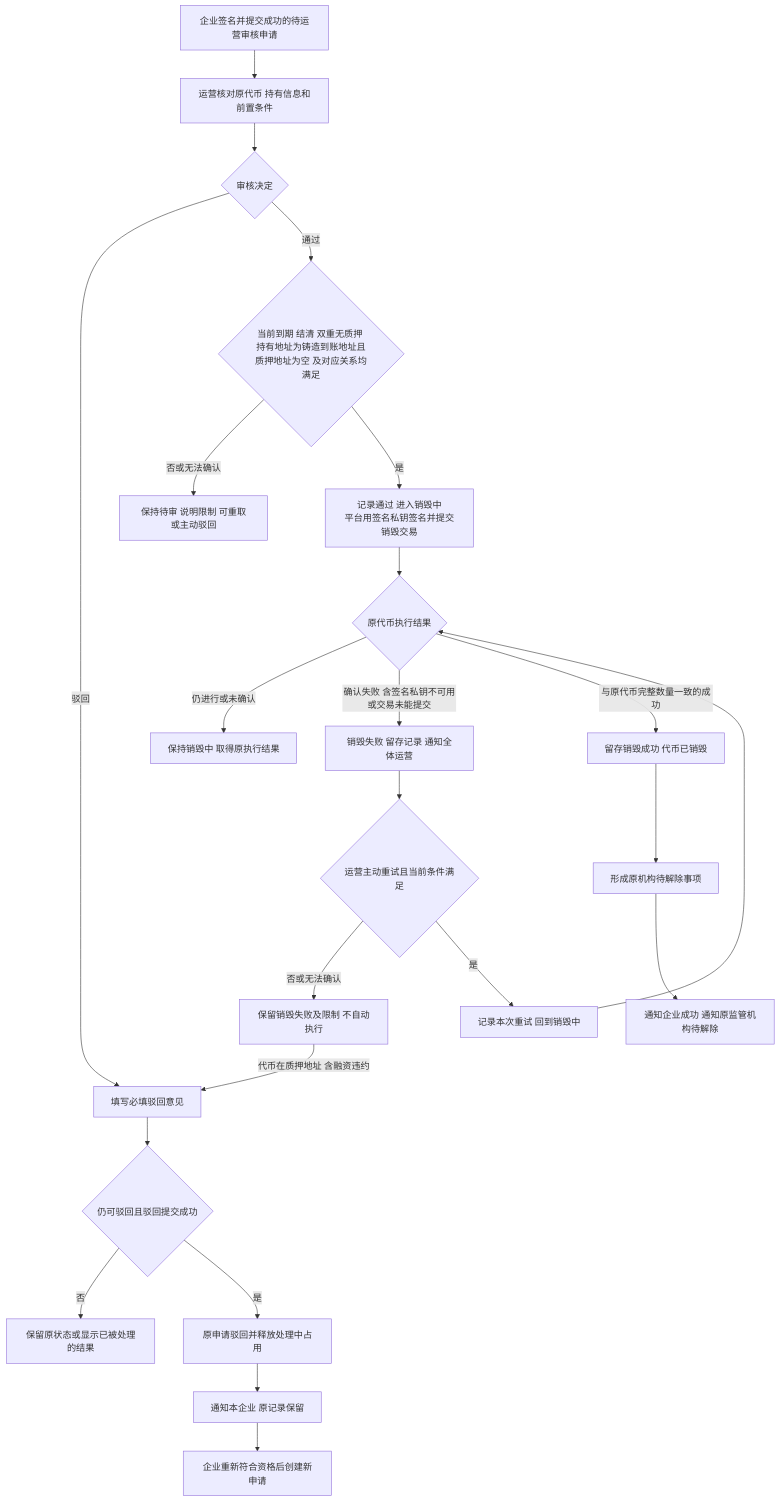
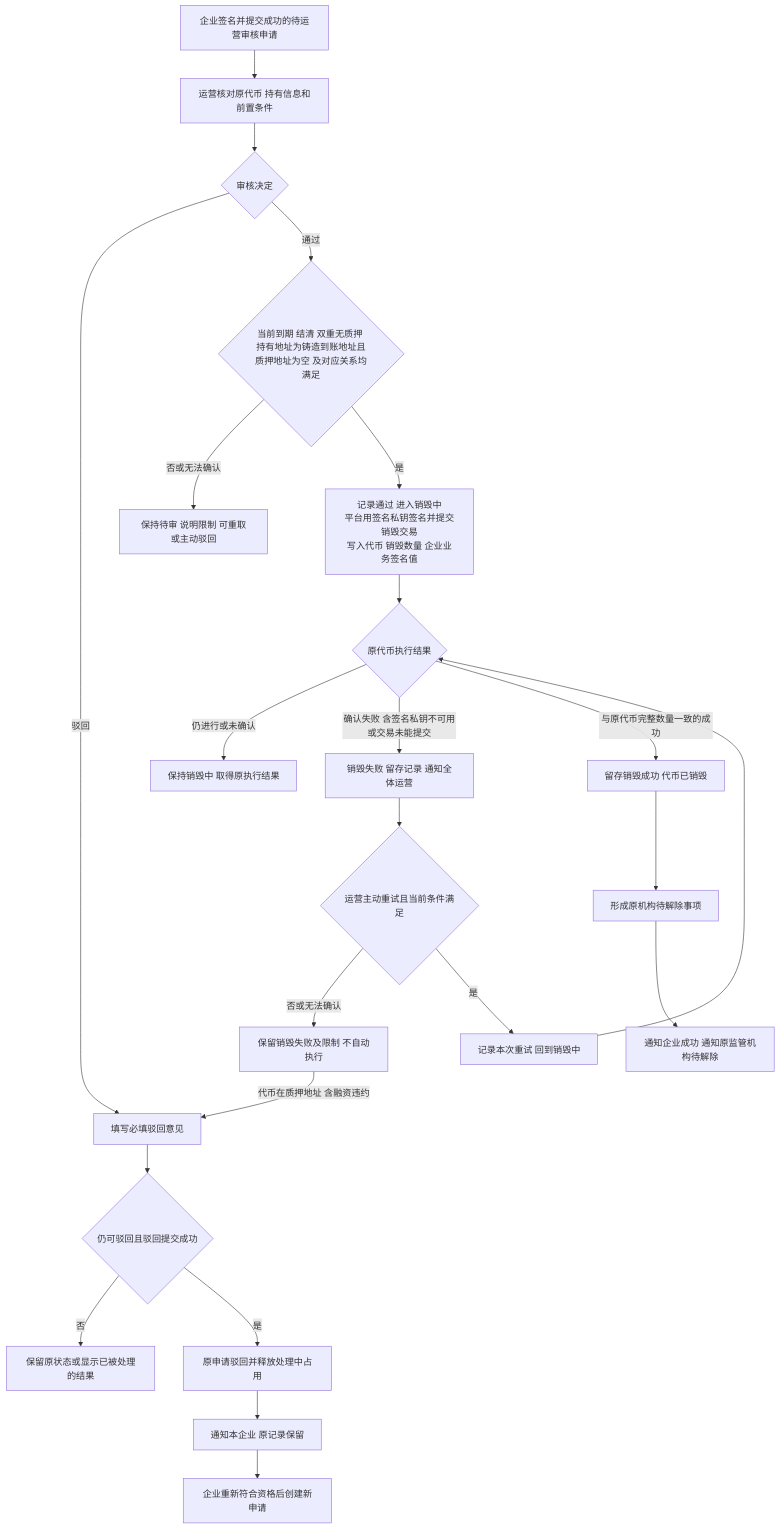
Before and after one commit to wxblockchain/Chain-Financing: the first of 4 diagrams in token-issuance-platform/PRD/管理端/M4b-销毁审核与解除质押/02-销毁审核与解除质押-流程图与状态机.md, drawn with Mermaid. The commit also changed 12 other files, not shown here.

````diff
--- a/token-issuance-platform/PRD/管理端/M4b-销毁审核与解除质押/02-销毁审核与解除质押-流程图与状态机.md
+++ b/token-issuance-platform/PRD/管理端/M4b-销毁审核与解除质押/02-销毁审核与解除质押-流程图与状态机.md
@@ -17,25 +17,25 @@
 ```mermaid
 flowchart TD
     A[企业签名并提交成功的待运营审核申请] --> B[运营核对原代币 持有信息和前置条件]
     B --> C{审核决定}
     C -->|驳回| D[填写必填驳回意见]
     D --> E{仍可驳回且驳回提交成功}
     E -->|否| F[保留原状态或显示已被处理的结果]
     E -->|是| G[原申请驳回并释放处理中占用]
     G --> H[通知本企业 原记录保留]
     H --> I[企业重新符合资格后创建新申请]
     C -->|通过| J{当前到期 结清 双重无质押 持有地址为铸造到账地址且质押地址为空 及对应关系均满足}
     J -->|否或无法确认| K[保持待审 说明限制 可重取或主动驳回]
-    J -->|是| L[记录通过 进入销毁中<br/>平台用签名私钥签名并提交销毁交易]
+    J -->|是| L[记录通过 进入销毁中<br/>平台用签名私钥签名并提交销毁交易<br/>写入代币 销毁数量 企业业务签名值]
     L --> M{原代币执行结果}
     M -->|仍进行或未确认| N[保持销毁中 取得原执行结果]
     M -->|确认失败 含签名私钥不可用或交易未能提交| O[销毁失败 留存记录 通知全体运营]
     O --> P{运营主动重试且当前条件满足}
     P -->|否或无法确认| Q[保留销毁失败及限制 不自动执行]
     Q -->|代币在质押地址 含融资违约| D
     P -->|是| R[记录本次重试 回到销毁中]
     R --> M
     M -->|与原代币完整数量一致的成功| S[留存销毁成功 代币已销毁]
     S --> T[形成原机构待解除事项]
     T --> U[通知企业成功 通知原监管机构待解除]
 ```
````
